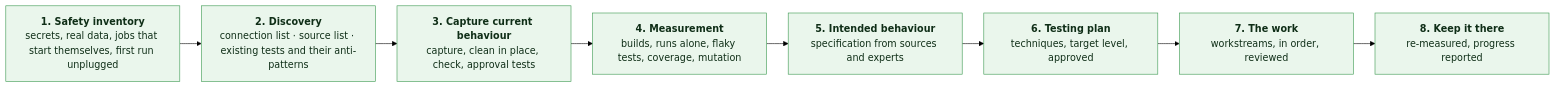
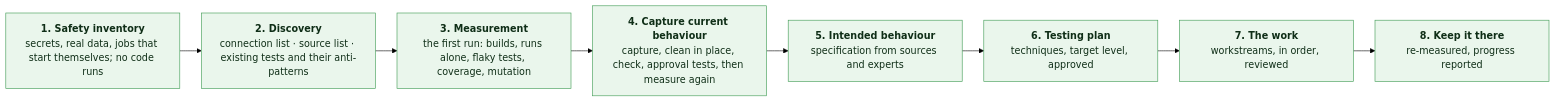
One commit to fiftiesHousewife/under-test changed the diagram in docs/JOURNEY.md. Above: the diagram before and after it, drawn with Mermaid (forest theme). The commit also changed other lines of this file and 2 other files, not shown here.

Commit message:
The journey in its new order: no code runs until measurement, then capture, then measure again; the drawing follows

````diff
--- a/docs/JOURNEY.md
+++ b/docs/JOURNEY.md
@@ -8,13 +8,13 @@
 ```mermaid
 %%{init: {"flowchart": {"wrappingWidth": 230, "nodeSpacing": 28, "rankSpacing": 36}}}%%
 flowchart LR
-    S["<b>1. Safety inventory</b><br/>secrets, real data, jobs that start themselves, first run unplugged"] --> D["<b>2. Discovery</b><br/>connection list · source list · existing tests and their anti-patterns"]
-    D --> C["<b>3. Capture current behaviour</b><br/>capture, clean in place, check, approval tests"]
-    C --> M["<b>4. Measurement</b><br/>builds, runs alone, flaky tests, coverage, mutation"]
-    M --> B["<b>5. Intended behaviour</b><br/>specification from sources and experts"]
+    S["<b>1. Safety inventory</b><br/>secrets, real data, jobs that start themselves; no code runs"] --> D["<b>2. Discovery</b><br/>connection list · source list · existing tests and their anti-patterns"]
+    D --> M["<b>3. Measurement</b><br/>the first run: builds, runs alone, flaky tests, coverage, mutation"]
+    M --> C["<b>4. Capture current behaviour</b><br/>capture, clean in place, check, approval tests, then measure again"]
+    C --> B["<b>5. Intended behaviour</b><br/>specification from sources and experts"]
     B --> P["<b>6. Testing plan</b><br/>techniques, target level, approved"]
     P --> W["<b>7. The work</b><br/>workstreams, in order, reviewed"]
     W --> K["<b>8. Keep it there</b><br/>re-measured, progress reported"]
     classDef step fill:#eaf6ec,stroke:#3c9a52,color:#0f2e17
     class S,D,C,M,B,P,W,K step
 ```
````
